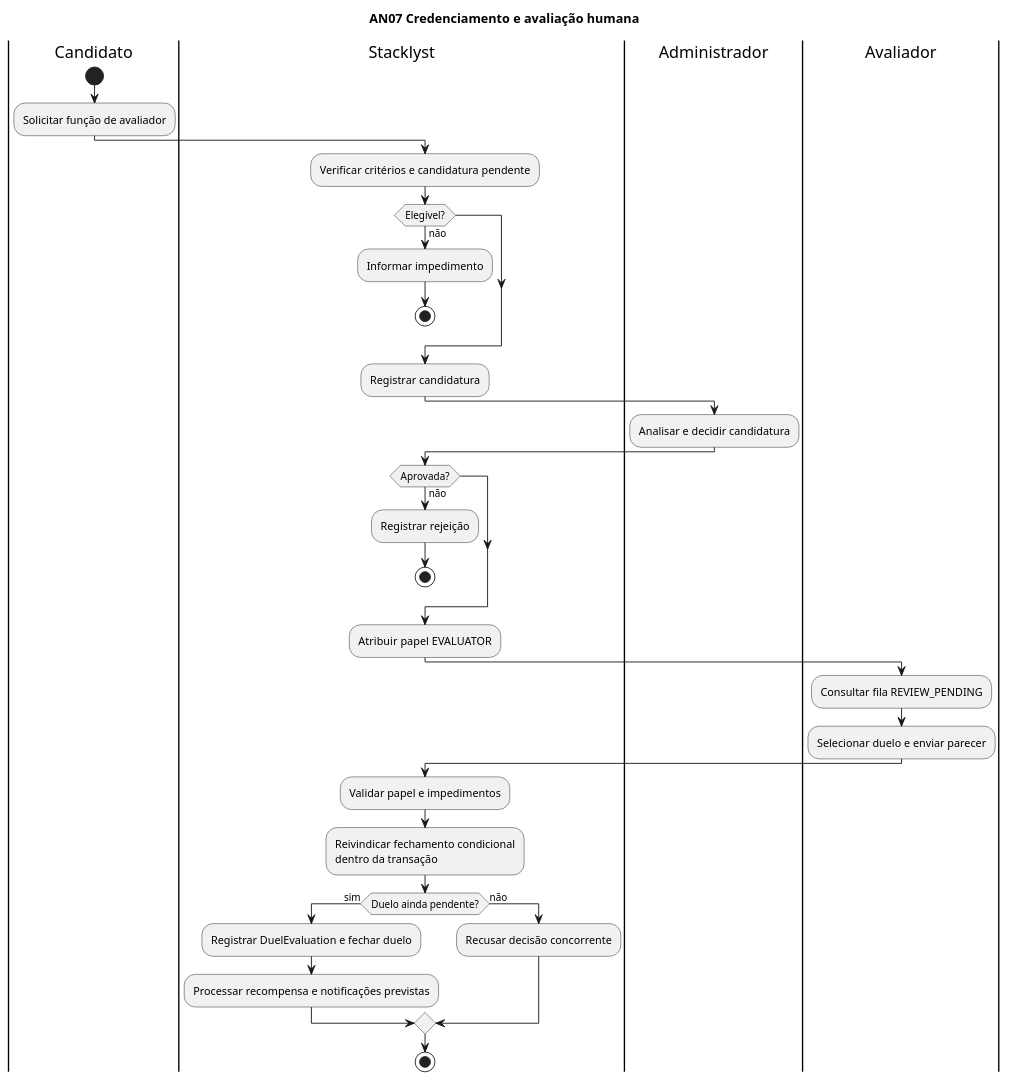
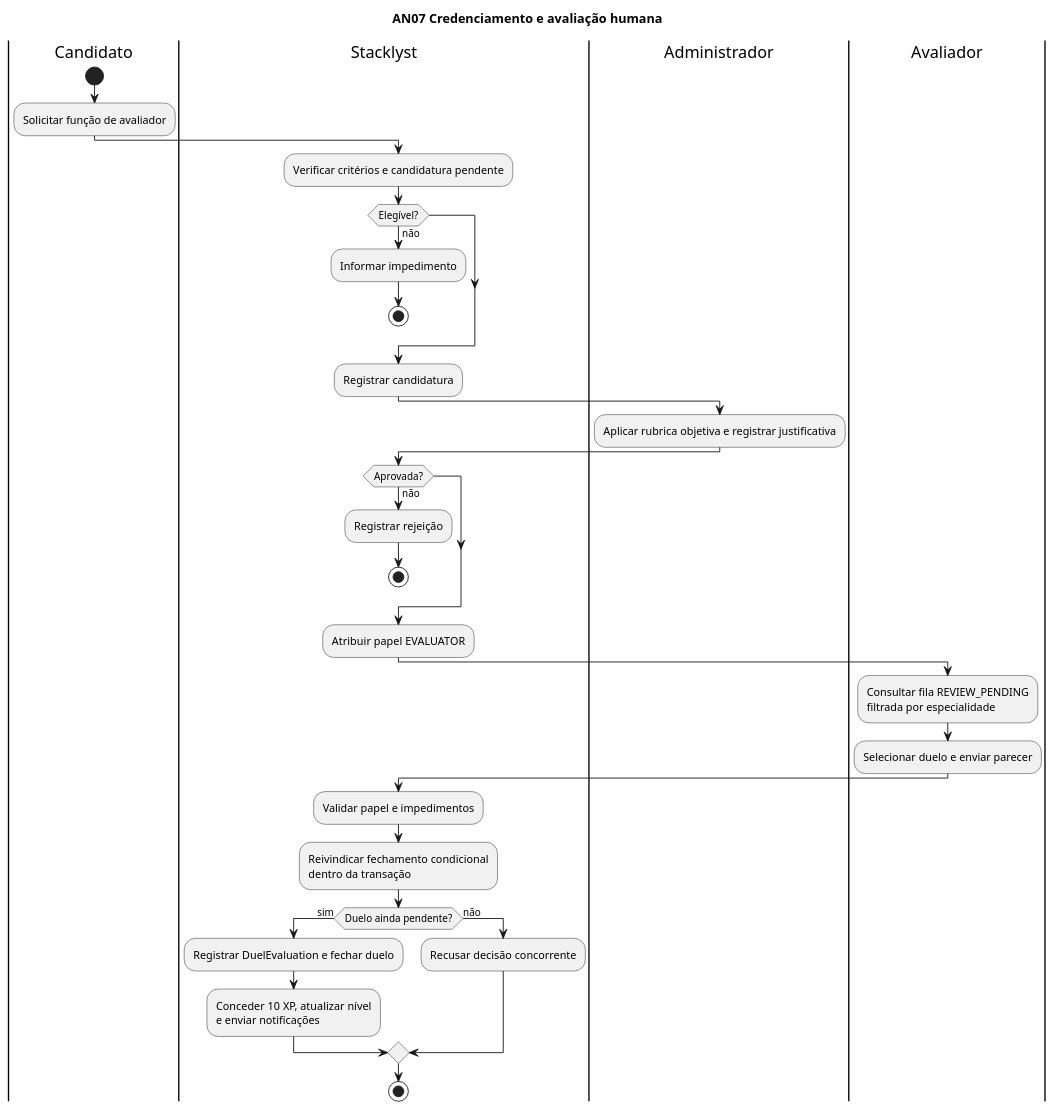
One commit to pedrotescaro/Stacklyst changed the diagram in docs/laboratorio-engenharia-software/diagramas/fontes/atividades/AN07-atuar-como-avaliador.puml. Above: the diagram before and after it, drawn with PlantUML. The commit also changed 37 other files, not shown here.

```diff
--- a/docs/laboratorio-engenharia-software/diagramas/fontes/atividades/AN07-atuar-como-avaliador.puml
+++ b/docs/laboratorio-engenharia-software/diagramas/fontes/atividades/AN07-atuar-como-avaliador.puml
@@ -1,36 +1,36 @@
 @startuml
 title AN07 Credenciamento e avaliação humana
 skinparam monochrome true
 skinparam shadowing false
 |Candidato|
 start
 :Solicitar função de avaliador;
 |Stacklyst|
 :Verificar critérios e candidatura pendente;
 if (Elegível?) then (não)
   :Informar impedimento;
   stop
 endif
 :Registrar candidatura;
 |Administrador|
-:Analisar e decidir candidatura;
+:Aplicar rubrica objetiva e registrar justificativa;
 |Stacklyst|
 if (Aprovada?) then (não)
   :Registrar rejeição;
   stop
 endif
 :Atribuir papel EVALUATOR;
 |Avaliador|
-:Consultar fila REVIEW_PENDING;
+:Consultar fila REVIEW_PENDING\nfiltrada por especialidade;
 :Selecionar duelo e enviar parecer;
 |Stacklyst|
 :Validar papel e impedimentos;
 :Reivindicar fechamento condicional\ndentro da transação;
 if (Duelo ainda pendente?) then (sim)
   :Registrar DuelEvaluation e fechar duelo;
-  :Processar recompensa e notificações previstas;
+  :Conceder 10 XP, atualizar nível\ne enviar notificações;
 else (não)
   :Recusar decisão concorrente;
 endif
 stop
 @enduml
```
